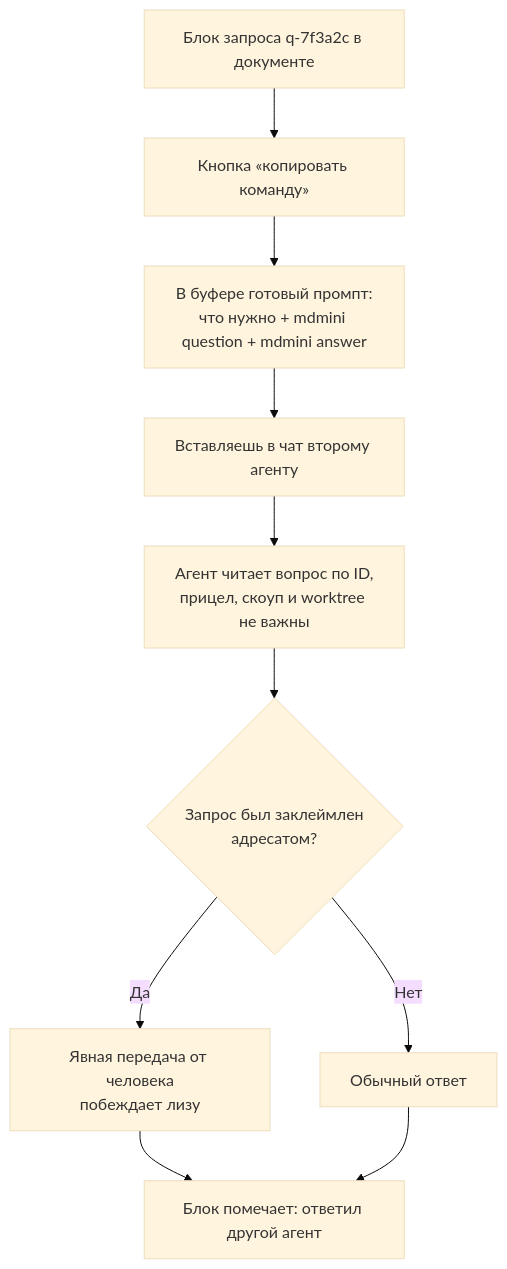
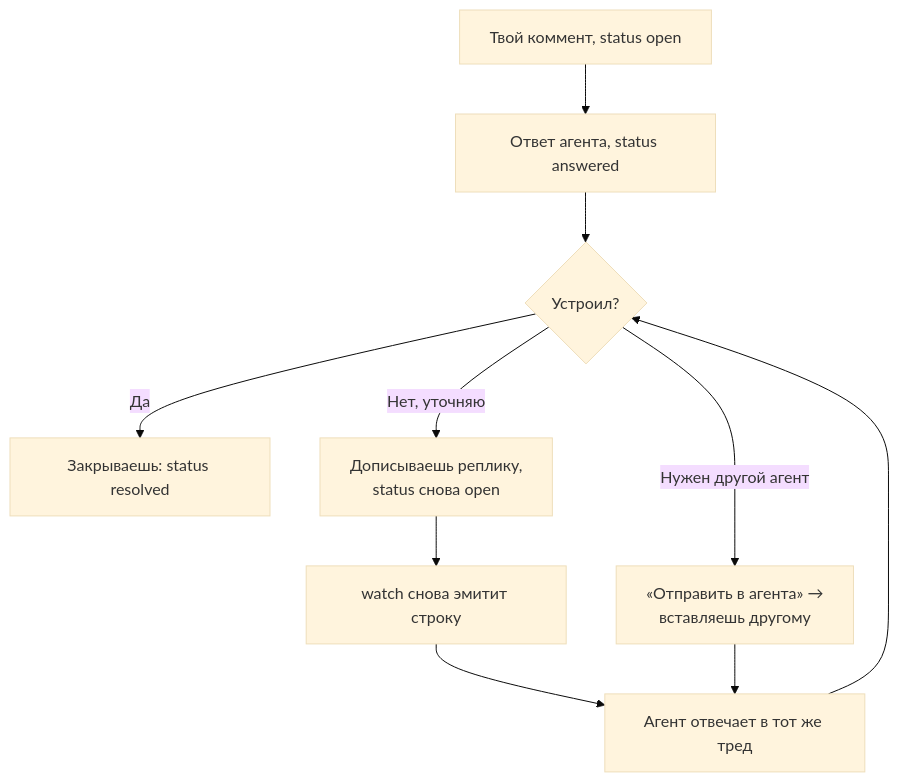
The third of 14 diagrams in docs/superpowers/specs/2026-08-23-document-requests-design.md (malinborn/mdmini), drawn with Mermaid (base theme) before and after one commit. The commit also changed other lines of this file, not shown here.

````diff
--- a/docs/superpowers/specs/2026-08-23-document-requests-design.md
+++ b/docs/superpowers/specs/2026-08-23-document-requests-design.md
@@ -130,12 +192,12 @@
 ```mermaid
 flowchart TD
-    A["Блок запроса q-7f3a2c в документе"] --> B["Кнопка «копировать команду»"]
-    B --> C["В буфере готовый промпт:<br/>что нужно + mdmini question + mdmini answer"]
-    C --> D["Вставляешь в чат второму агенту"]
-    D --> E["Агент читает вопрос по ID,<br/>прицел, скоуп и worktree не важны"]
-    E --> F{"Запрос был заклеймлен<br/>адресатом?"}
-    F -->|"Да"| G["Явная передача от человека<br/>побеждает лизу"]
-    F -->|"Нет"| H["Обычный ответ"]
-    G --> I["Блок помечает: ответил другой агент"]
-    H --> I
+    A["Твой коммент, status open"] --> B["Ответ агента, status answered"]
+    B --> C{"Устроил?"}
+    C -->|"Да"| D["Закрываешь: status resolved"]
+    C -->|"Нет, уточняю"| E["Дописываешь реплику,<br/>status снова open"]
+    E --> F["watch снова эмитит строку"]
+    F --> G["Агент отвечает в тот же тред"]
+    G --> C
+    C -->|"Нужен другой агент"| H["«Отправить в агента» →<br/>вставляешь другому"]
+    H --> G
 ```
````
